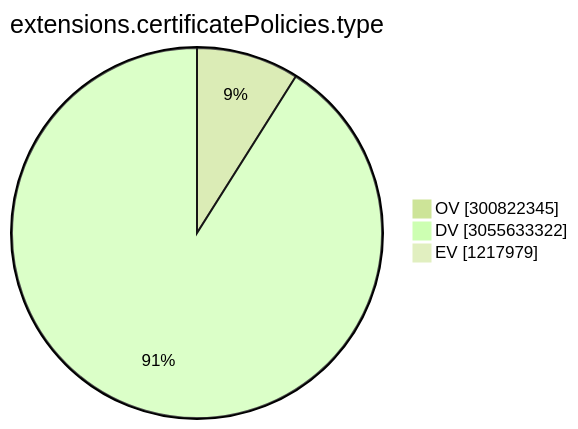
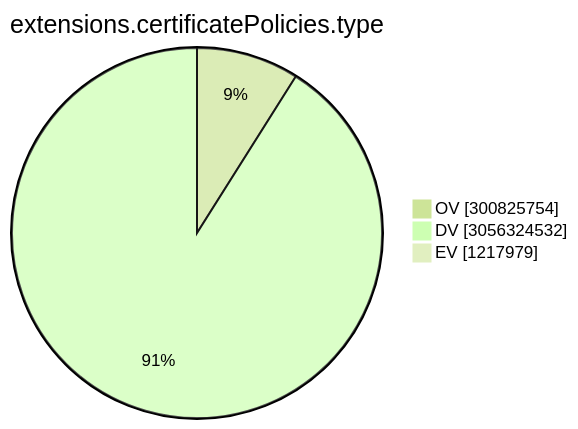
One commit to christiankrug/ctmonitor_visualization changed the ninth of 15 diagrams in TOTAL/README.md. Above: the diagram before and after it, drawn with Mermaid (forest theme). The commit also changed other lines of this file, not shown here.

````diff
--- a/TOTAL/README.md
+++ b/TOTAL/README.md
@@ -3102,7 +3102,7 @@
 ```mermaid
 pie showData
 title extensions.certificatePolicies.type
-"OV" :300822345
-"DV" :3055633322
+"OV" :300825754
+"DV" :3056324532
 "EV" :1217979
 ```
````
